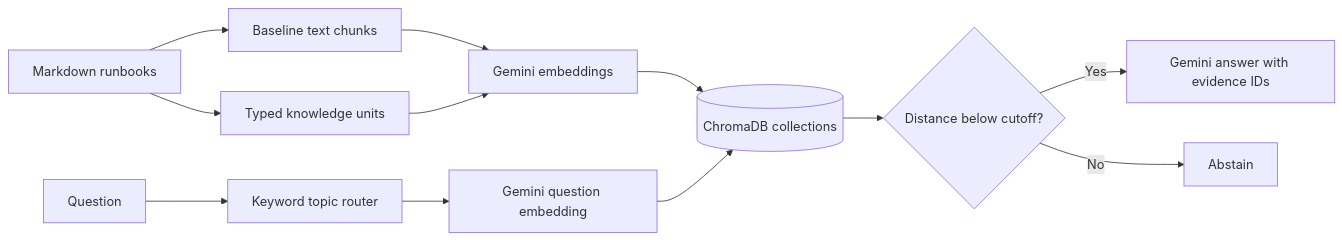
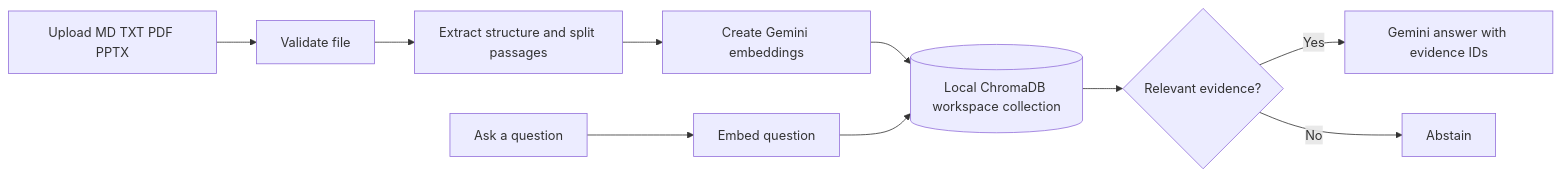
Before and after one commit to iamprajjwalhere-cpu/runbook-rag: the diagram in README.md, drawn with Mermaid. The commit also changed other lines of this file and 7 other files, not shown here.

````diff
--- a/README.md
+++ b/README.md
@@ -20,14 +9,12 @@
 ```mermaid
 flowchart LR
-    D[Markdown runbooks] --> C[Baseline text chunks]
-    D --> K[Typed knowledge units]
-    C --> V[Gemini embeddings]
-    K --> V
-    V --> DB[(ChromaDB collections)]
-    Q[Question] --> R[Keyword topic router]
-    R --> E[Gemini question embedding]
-    E --> DB
-    DB --> G{Distance below cutoff?}
+    U[Upload MD TXT PDF PPTX] --> V[Validate file]
+    V --> S[Extract structure and split passages]
+    S --> E[Create Gemini embeddings]
+    E --> DB[(Local ChromaDB workspace collection)]
+    Q[Ask a question] --> QE[Embed question]
+    QE --> DB
+    DB --> G{Relevant evidence?}
     G -->|Yes| L[Gemini answer with evidence IDs]
     G -->|No| A[Abstain]
 ```
````
